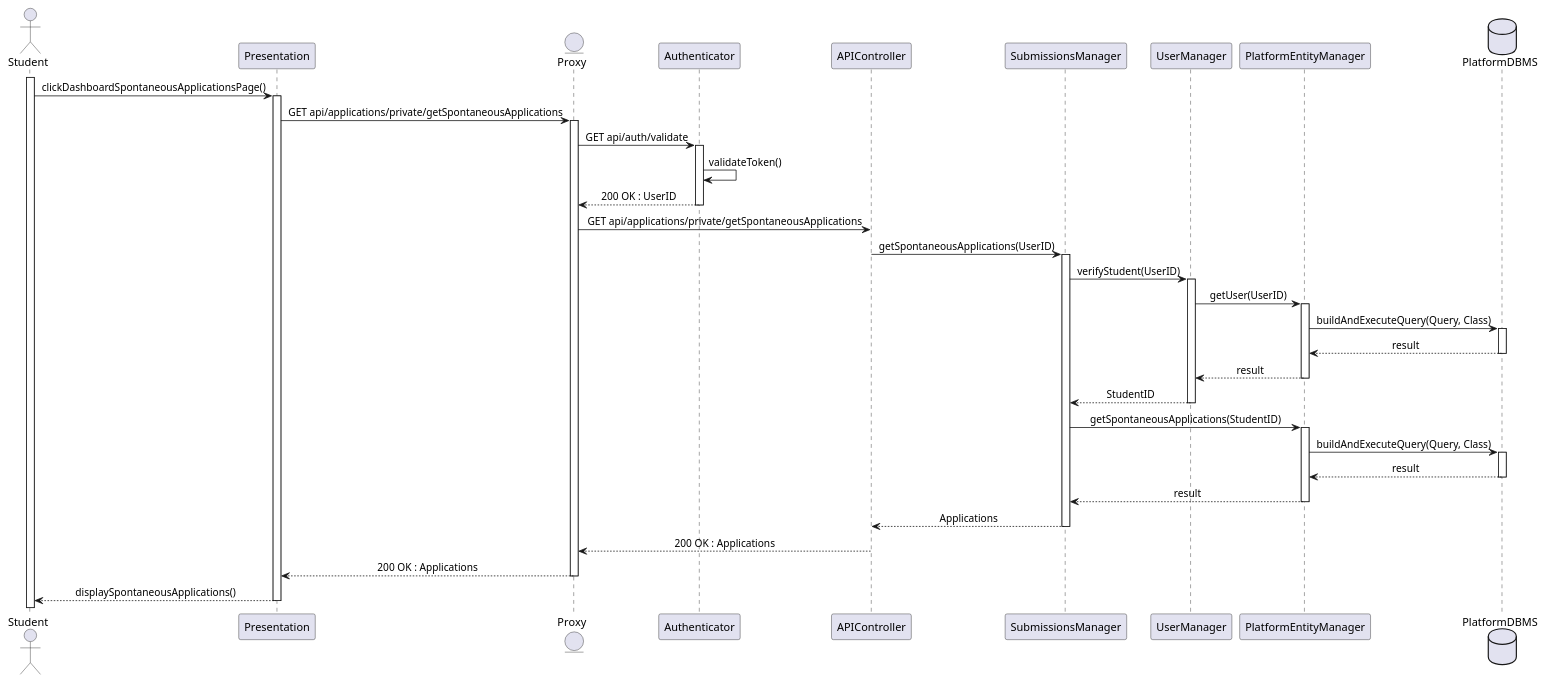
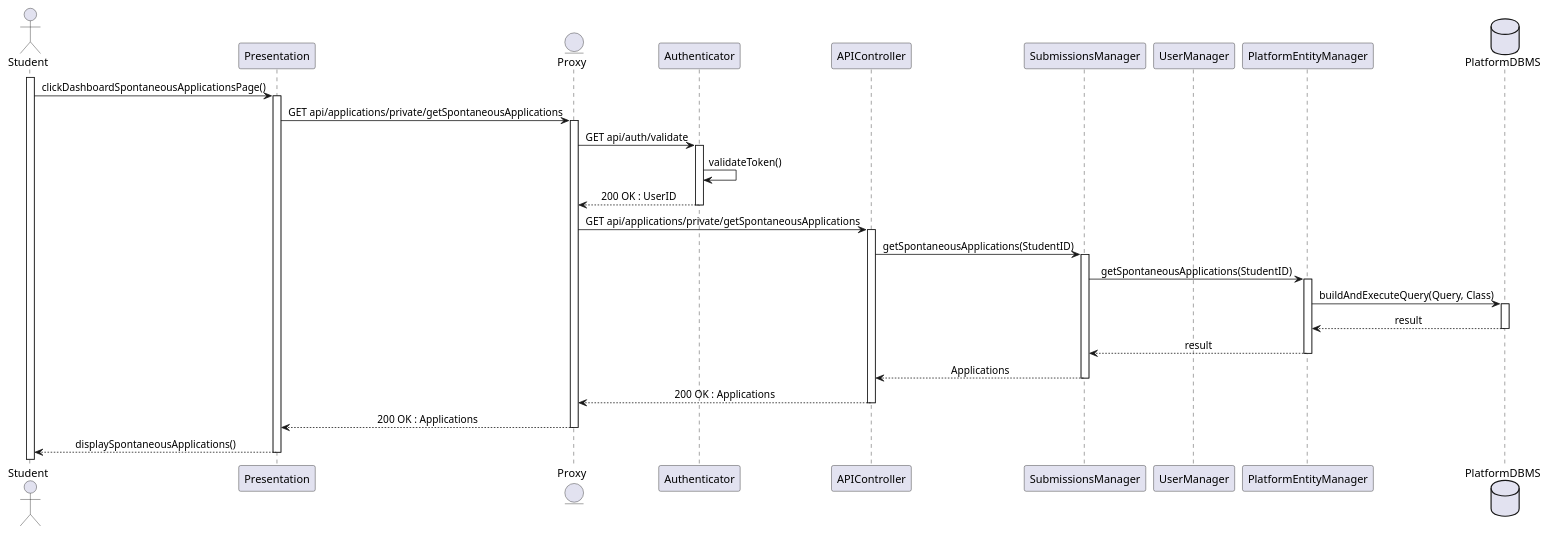
One commit to Slaitroc/RicciPaoliGrisoni changed the diagram in Diagrams/SequenceDiagrams/DD/13StudentSeeSpontaneousApplications.wsd. Above: the diagram before and after it, drawn with PlantUML.

Commit message:
refactor 13StudentSeeSpontaneousApplication

```diff
--- a/Diagrams/SequenceDiagrams/DD/13StudentSeeSpontaneousApplications.wsd
+++ b/Diagrams/SequenceDiagrams/DD/13StudentSeeSpontaneousApplications.wsd
@@ -1,54 +1,43 @@
 @startuml 13StudentSeeSpontaneousApplications
 skinparam sequenceMessageAlign center
 actor       Student
 participant Presentation
 entity      Proxy
 participant Authenticator
 participant APIController
 participant SubmissionsManager
 participant UserManager
 participant PlatformEntityManager
 database    PlatformDBMS
 
 activate Student
 Student -> Presentation : clickDashboardSpontaneousApplicationsPage()
 activate Presentation
 Presentation -> Proxy : GET api/applications/private/getSpontaneousApplications
 activate Proxy
 Proxy -> Authenticator : GET api/auth/validate
 activate Authenticator
 Authenticator -> Authenticator : validateToken()
 Authenticator --> Proxy : 200 OK : UserID
 deactivate Authenticator
 Proxy -> APIController : GET api/applications/private/getSpontaneousApplications
-APIController -> SubmissionsManager : getSpontaneousApplications(UserID)
+activate APIController
+APIController -> SubmissionsManager : getSpontaneousApplications(StudentID)
 activate SubmissionsManager
-SubmissionsManager -> UserManager : verifyStudent(UserID)
-activate UserManager
-UserManager -> PlatformEntityManager : getUser(UserID)
-activate PlatformEntityManager
-PlatformEntityManager -> PlatformDBMS : buildAndExecuteQuery(Query, Class)
-activate PlatformDBMS
-PlatformDBMS --> PlatformEntityManager : result
-deactivate PlatformDBMS
-PlatformEntityManager --> UserManager : result
-deactivate PlatformEntityManager
-UserManager --> SubmissionsManager : StudentID
-deactivate UserManager
 SubmissionsManager -> PlatformEntityManager : getSpontaneousApplications(StudentID)
 activate PlatformEntityManager
 PlatformEntityManager -> PlatformDBMS : buildAndExecuteQuery(Query, Class)
 activate PlatformDBMS
 PlatformDBMS --> PlatformEntityManager : result
 deactivate PlatformDBMS
 PlatformEntityManager --> SubmissionsManager : result
 deactivate PlatformEntityManager
 SubmissionsManager --> APIController : Applications
 deactivate SubmissionsManager
 APIController --> Proxy : 200 OK : Applications
 deactivate APIController
 Proxy --> Presentation : 200 OK : Applications
 deactivate Proxy
 Presentation --> Student : displaySpontaneousApplications()
 deactivate Presentation
 @enduml
```
